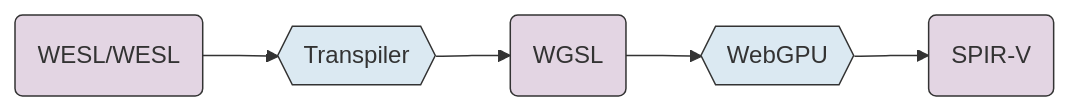
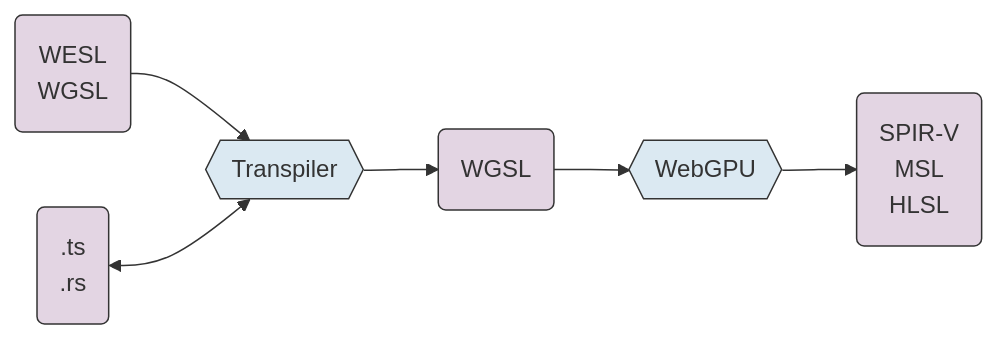
The first of 4 diagrams in presentations/symposium-2026-02-13/slides.md (mighdoll/wesl-website), drawn with Mermaid before and after one commit. The commit also changed other lines of this file and 1 other file, not shown here.

````diff
--- a/presentations/symposium-2026-02-13/slides.md
+++ b/presentations/symposium-2026-02-13/slides.md
@@ -255,12 +362,15 @@
 ```mermaid
 flowchart LR
-  A(WESL/WESL):::data
-  --> B{{Transpiler}}:::transform
-  --> C(WGSL):::data
+
+  W(WESL<br>WGSL):::data --> T
+  H(.ts<br>.rs):::data <--> T
+
+  T{{Transpiler}}:::transform
+
+  T --> C(WGSL):::data
   --> D{{WebGPU}}:::transform
-  --> E(SPIR-V):::data
+  --> E(SPIR-V<br>MSL<br>HLSL):::data
 
-classDef transform fill:#dbe9f2,stroke:#333;
-classDef data fill:#e3d5e3, stroke:#333;
-
+  classDef transform fill:#dbe9f2,stroke:#333;
+  classDef data fill:#e3d5e3, stroke:#333;
 ```
````
